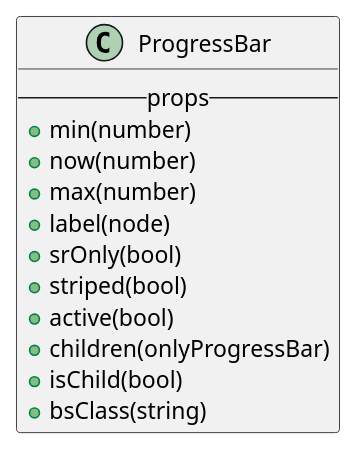
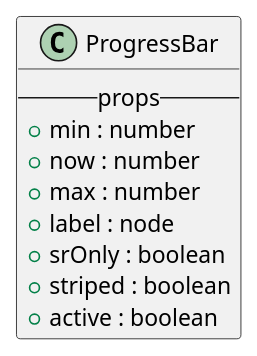
One commit to M9k/Marvin-Uml changed the diagram in react/bootstrap/progressbar.iuml. Above: the diagram before and after it, drawn with PlantUML. The commit also changed 10 other files, not shown here.

Commit message:
fix uml standard parte bootstrap

```diff
--- a/react/bootstrap/progressbar.iuml
+++ b/react/bootstrap/progressbar.iuml
@@ -1,13 +1,10 @@
 class ProgressBar{
     --props--
-        + min(number)
-        + now(number)
-        + max(number)
-        + label(node)
-        + srOnly(bool)
-        + striped(bool)
-        + active(bool)
-        + children(onlyProgressBar)
-        + isChild(bool)
-        + bsClass(string)
+        + min : number
+        + now : number
+        + max : number
+        + label : node
+        + srOnly : boolean
+        + striped : boolean
+        + active : boolean
 }
```
